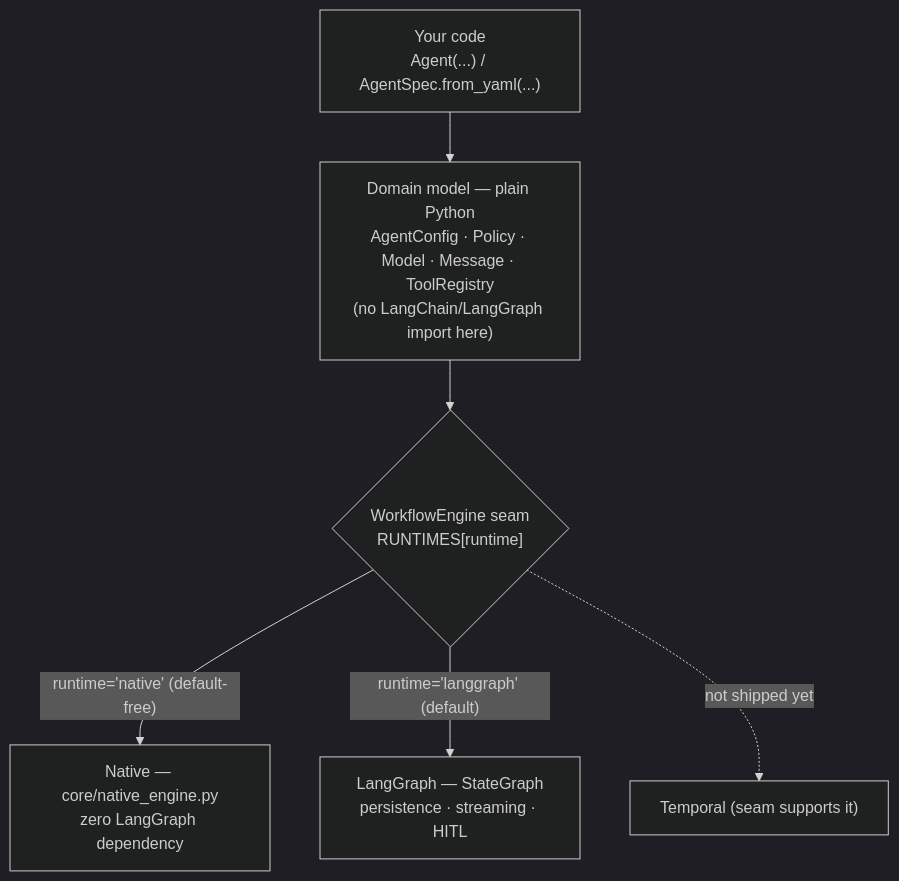
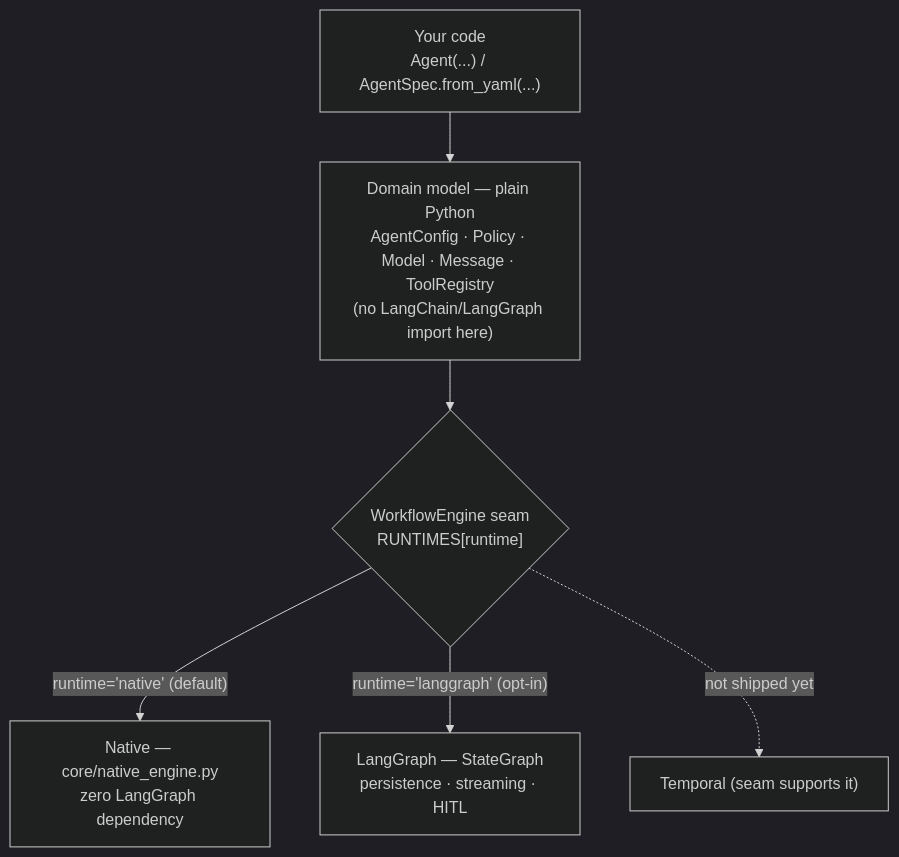
The first of 4 diagrams in README.md (arghya05/agent-foundry), drawn with Mermaid (dark theme) before and after one commit. The commit also changed other lines of this file and 8 other files, not shown here.

````diff
--- a/README.md
+++ b/README.md
@@ -49,8 +63,8 @@
 ```mermaid
 flowchart TD
     A["Your code\nAgent(...) / AgentSpec.from_yaml(...)"] --> B["Domain model — plain Python\nAgentConfig · Policy · Model · Message · ToolRegistry\n(no LangChain/LangGraph import here)"]
     B --> C{"WorkflowEngine seam\nRUNTIMES[runtime]"}
-    C -->|"runtime='native' (default-free)"| D["Native — core/native_engine.py\nzero LangGraph dependency"]
-    C -->|"runtime='langgraph' (default)"| E["LangGraph — StateGraph\npersistence · streaming · HITL"]
+    C -->|"runtime='native' (default)"| D["Native — core/native_engine.py\nzero LangGraph dependency"]
+    C -->|"runtime='langgraph' (opt-in)"| E["LangGraph — StateGraph\npersistence · streaming · HITL"]
     C -.->|"not shipped yet"| F["Temporal (seam supports it)"]
 ```
````
